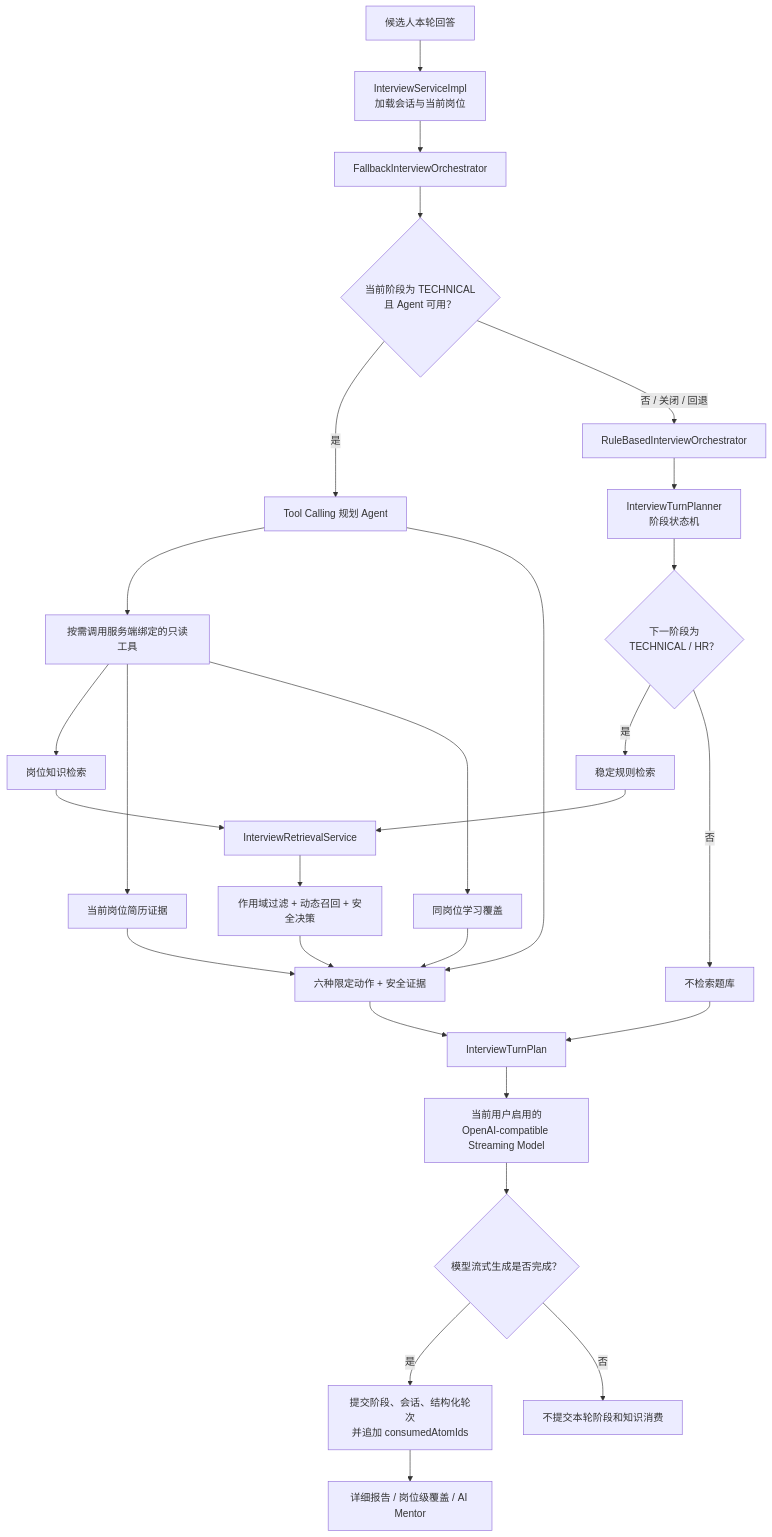
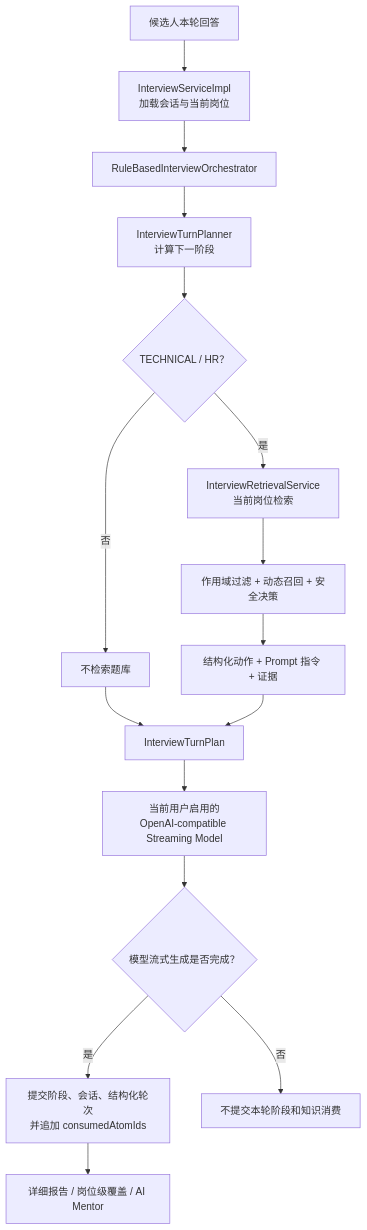
Before and after one commit to nzy0510/AI-Interview: the first of 3 diagrams in docs/rag-chain-summary.md, drawn with Mermaid. The commit also changed other lines of this file and 50 other files, not shown here.

````diff
--- a/docs/rag-chain-summary.md
+++ b/docs/rag-chain-summary.md
@@ -13,33 +13,18 @@
 ```mermaid
 flowchart TD
     A["候选人本轮回答"] --> B["InterviewServiceImpl<br/>加载会话与当前岗位"]
-    B --> C["FallbackInterviewOrchestrator"]
-    C --> D{"当前阶段为 TECHNICAL<br/>且 Agent 可用？"}
-
-    D -- "是" --> E["Tool Calling 规划 Agent"]
-    E --> F["按需调用服务端绑定的只读工具"]
-    F --> F1["岗位知识检索"]
-    F --> F2["当前岗位简历证据"]
-    F --> F3["同岗位学习覆盖"]
-    F2 --> G
-    F3 --> G
-    E --> G["六种限定动作 + 安全证据"]
-
-    D -- "否 / 关闭 / 回退" --> H["RuleBasedInterviewOrchestrator"]
-    H --> I["InterviewTurnPlanner<br/>阶段状态机"]
-    I --> J{"下一阶段为<br/>TECHNICAL / HR？"}
-    J -- "是" --> K["稳定规则检索"]
+    B --> C["RuleBasedInterviewOrchestrator"]
+    C --> I["InterviewTurnPlanner<br/>计算下一阶段"]
+    I --> J{"TECHNICAL / HR？"}
+    J -- "是" --> M["InterviewRetrievalService<br/>当前岗位检索"]
     J -- "否" --> L["不检索题库"]
-
-    F1 --> M["InterviewRetrievalService"]
-    K --> M
     M --> N["作用域过滤 + 动态召回 + 安全决策"]
-    N --> G
+    N --> G["结构化动作 + Prompt 指令 + 证据"]
     L --> O["InterviewTurnPlan"]
     G --> O
     O --> P["当前用户启用的<br/>OpenAI-compatible Streaming Model"]
     P --> Q{"模型流式生成是否完成？"}
     Q -- "是" --> R["提交阶段、会话、结构化轮次<br/>并追加 consumedAtomIds"]
     Q -- "否" --> S["不提交本轮阶段和知识消费"]
     R --> T["详细报告 / 岗位级覆盖 / AI Mentor"]
 ```
````
